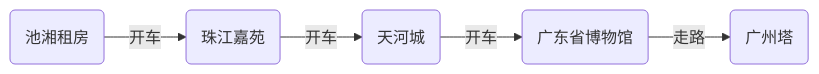
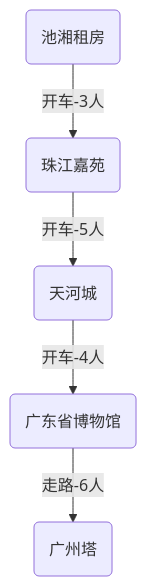
The first of 2 diagrams in source/wiki/2025/2025-3.md (VicoGao15/VicoBlog), drawn with Mermaid before and after one commit. The commit also changed 1 other file, not shown here.

Commit message:
使用绘图工具Mermaid

````diff
--- a/source/wiki/2025/2025-3.md
+++ b/source/wiki/2025/2025-3.md
@@ -81,7 +81,7 @@
 ```mermaid
-graph LR;
-A(池湘租房) -->|开车| B(珠江嘉苑);
-B -->|开车| C(天河城);
-C -->|开车| D(广东省博物馆);
-D -->|走路| E(广州塔);
+graph TD;
+A(池湘租房) -->|开车-3人| B(珠江嘉苑);
+B -->|开车-5人| C(天河城);
+C -->|开车-4人| D(广东省博物馆);
+D -->|走路-6人| E(广州塔);
 ```
````
